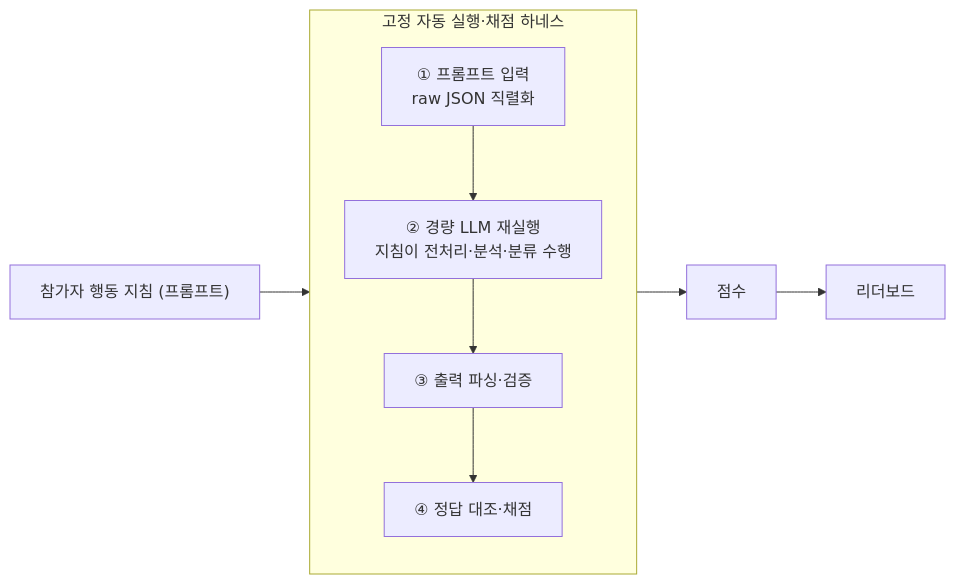
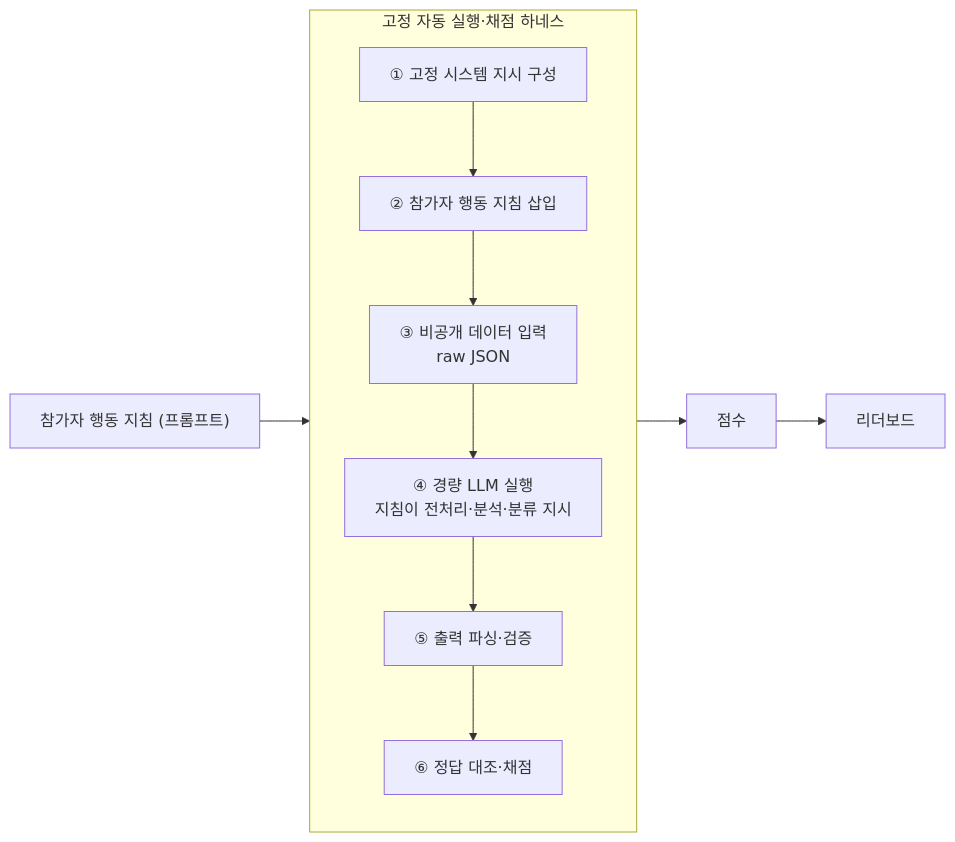
The diagram in request/dev_workplan_scoring_leaderboard.md (researcherhojin/rok-mnd-prompt-comp-2026), drawn with Mermaid before and after one commit. The commit also changed other lines of this file and 6 other files, not shown here.

````diff
--- a/request/dev_workplan_scoring_leaderboard.md
+++ b/request/dev_workplan_scoring_leaderboard.md
@@ -46,9 +46,9 @@
 ```mermaid
 flowchart LR
-    INS["참가자 행동 지침 (프롬프트)"] --> H1
+    INS["참가자 행동 지침 (프롬프트)"] --> H2
     subgraph HN["고정 자동 실행·채점 하네스"]
         direction TB
-        H1["① 프롬프트 입력<br/>raw JSON 직렬화"] --> H2["② 경량 LLM 재실행<br/>지침이 전처리·분석·분류 수행"] --> H3["③ 출력 파싱·검증"] --> H4["④ 정답 대조·채점"]
+        H1["① 고정 시스템 지시 구성"] --> H2["② 참가자 행동 지침 삽입"] --> H3["③ 비공개 데이터 입력<br/>raw JSON"] --> H4["④ 경량 LLM 실행<br/>지침이 전처리·분석·분류 지시"] --> H5["⑤ 출력 파싱·검증"] --> H6["⑥ 정답 대조·채점"]
     end
-    H4 --> SC["점수"] --> LB["리더보드"]
+    H6 --> SC["점수"] --> LB["리더보드"]
 ```
````
